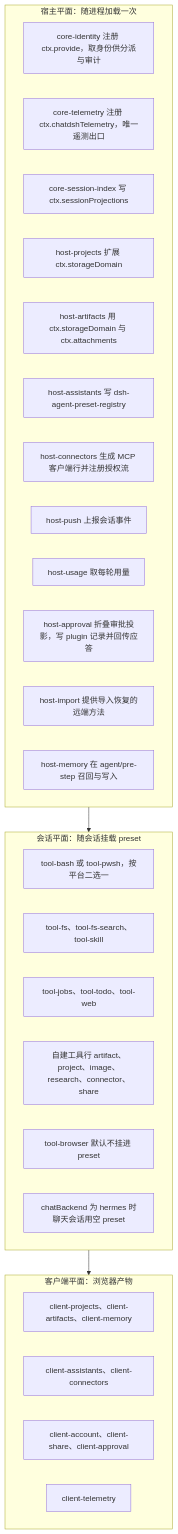
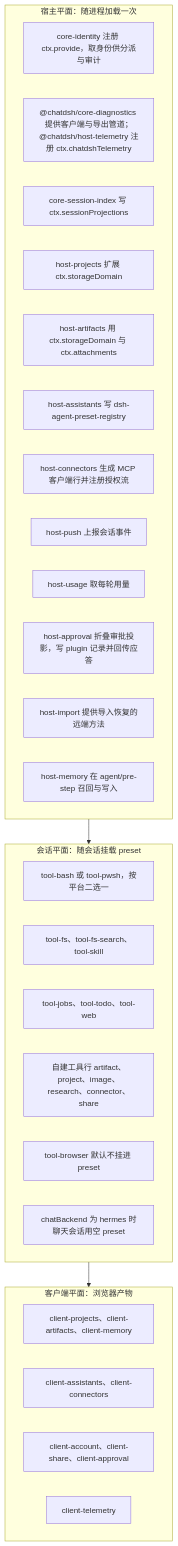
One commit to wenzetan/chatdsh changed the fifth of 17 diagrams in runtime/docs/architecture-diagram.md. Above: the diagram before and after it, drawn with Mermaid. The commit also changed other lines of this file and 44 other files, not shown here.

First line of the commit message:
♻️ refactor(telemetry): 拆分诊断库与宿主插件 / split diagnostics library from host plugin

````diff
--- a/runtime/docs/architecture-diagram.md
+++ b/runtime/docs/architecture-diagram.md
@@ -170,33 +170,33 @@
 ```mermaid
 flowchart TB
   subgraph HOST["宿主平面：随进程加载一次"]
     H1["core-identity 注册 ctx.provide，取身份供分派与审计"]
-    H2["core-telemetry 注册 ctx.chatdshTelemetry，唯一遥测出口"]
+    H2["@chatdsh/core-diagnostics 提供客户端与导出管道；@chatdsh/host-telemetry 注册 ctx.chatdshTelemetry"]
     H3["core-session-index 写 ctx.sessionProjections"]
     H4["host-projects 扩展 ctx.storageDomain"]
     H5["host-artifacts 用 ctx.storageDomain 与 ctx.attachments"]
     H6["host-assistants 写 dsh-agent-preset-registry"]
     H7["host-connectors 生成 MCP 客户端行并注册授权流"]
     H8["host-push 上报会话事件"]
     H9["host-usage 取每轮用量"]
     H10["host-approval 折叠审批投影，写 plugin 记录并回传应答"]
     H11["host-import 提供导入恢复的远端方法"]
     H12["host-memory 在 agent/pre-step 召回与写入"]
   end
   subgraph SESS["会话平面：随会话挂载 preset"]
     S1["tool-bash 或 tool-pwsh，按平台二选一"]
     S2["tool-fs、tool-fs-search、tool-skill"]
     S3["tool-jobs、tool-todo、tool-web"]
     S4["自建工具行 artifact、project、image、research、connector、share"]
     S5["tool-browser 默认不挂进 preset"]
     S6["chatBackend 为 hermes 时聊天会话用空 preset"]
   end
   subgraph CLI["客户端平面：浏览器产物"]
     C1["client-projects、client-artifacts、client-memory"]
     C2["client-assistants、client-connectors"]
     C3["client-account、client-share、client-approval"]
     C4["client-telemetry"]
   end
   HOST --> SESS
   SESS --> CLI
 ```
````
